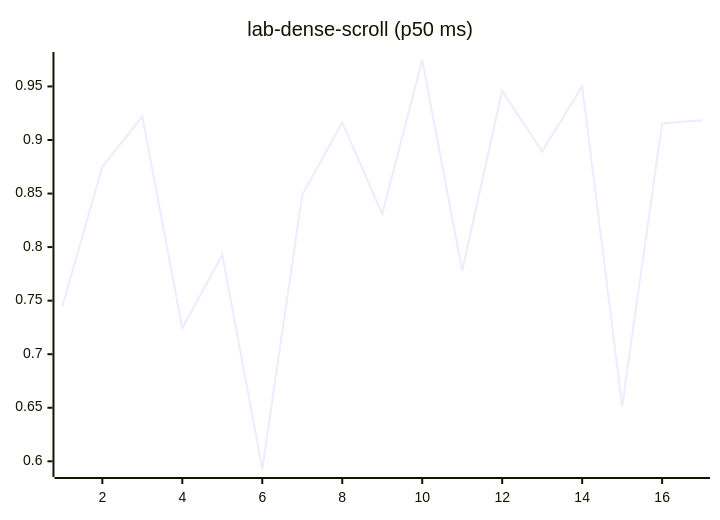
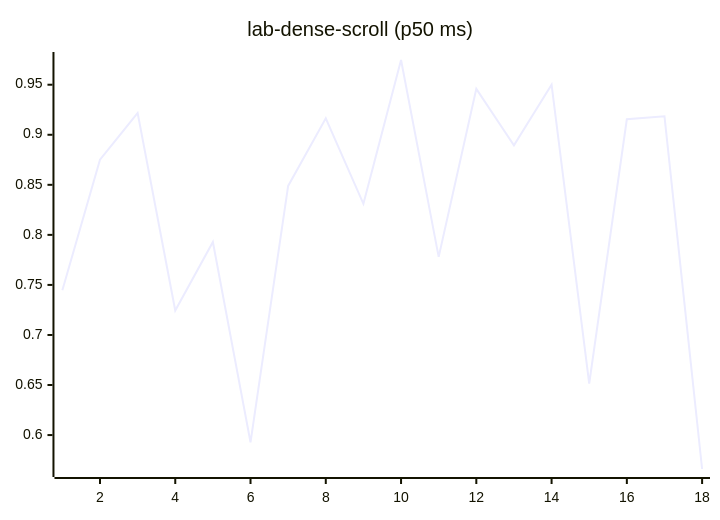
Diagram 12 of 27 in README.md (josha/Facet), drawn with Mermaid before and after one commit. The commit also changed other lines of this file and 2 other files, not shown here.

````diff
--- a/README.md
+++ b/README.md
@@ -140,6 +140,6 @@
 ```mermaid
 xychart-beta
     title "lab-dense-scroll (p50 ms)"
-    x-axis 1 --> 17
-    line [0.7446, 0.8751, 0.9218, 0.7244, 0.7929, 0.5928, 0.8489, 0.9164, 0.8310, 0.9747, 0.7780, 0.9459, 0.8894, 0.9501, 0.6514, 0.9155, 0.9185]
+    x-axis 1 --> 18
+    line [0.7446, 0.8751, 0.9218, 0.7244, 0.7929, 0.5928, 0.8489, 0.9164, 0.8310, 0.9747, 0.7780, 0.9459, 0.8894, 0.9501, 0.6514, 0.9155, 0.9185, 0.5661]
 ```
````
